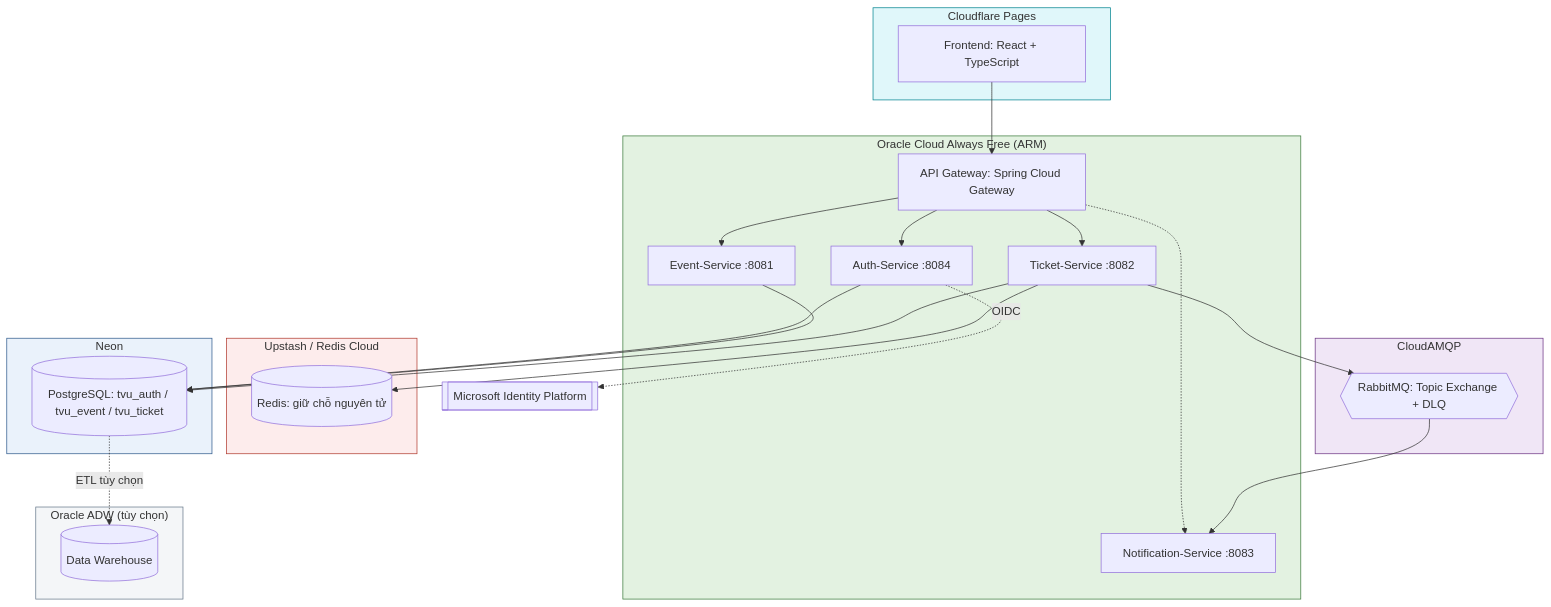
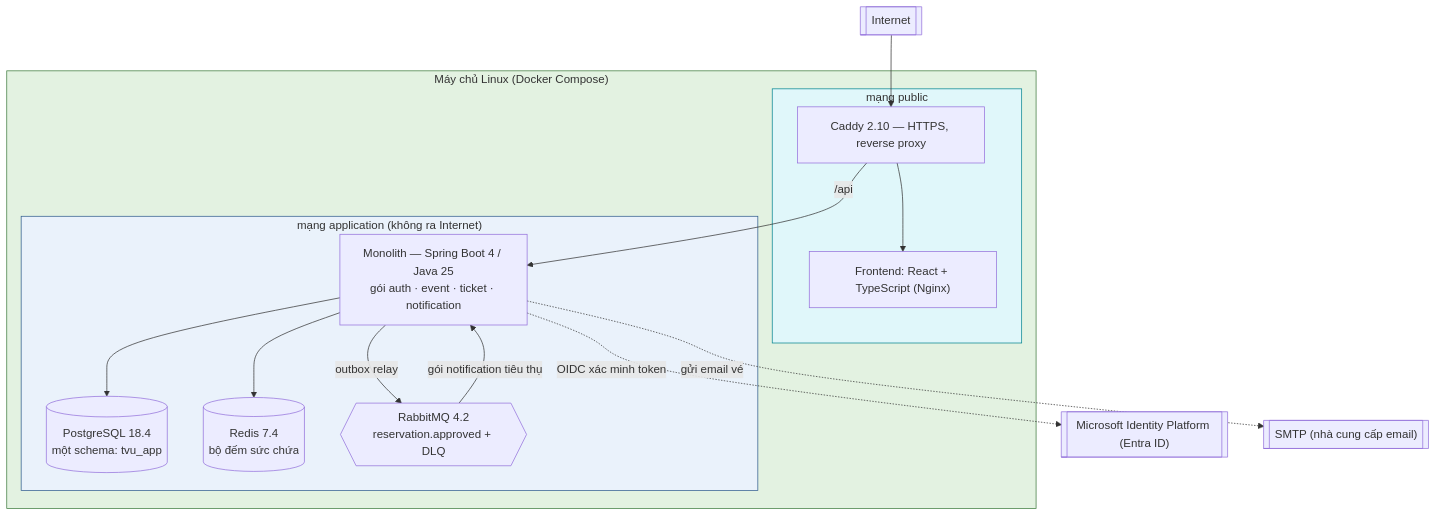
Before and after one commit to trhlow/TVU-Event-Ticket: the tenth of 10 diagrams in SO_DO_UML_TVU_Event_Ticketing.md, drawn with Mermaid. The commit also changed other lines of this file and 115 other files, not shown here.

````diff
--- a/SO_DO_UML_TVU_Event_Ticketing.md
+++ b/SO_DO_UML_TVU_Event_Ticketing.md
@@ -426,53 +451,38 @@
 ```mermaid
 flowchart TB
-    subgraph CF["Cloudflare Pages"]
-        FE["Frontend: React + TypeScript"]
+    NET[["Internet"]]
+
+    subgraph VM["Máy chủ Linux (Docker Compose)"]
+        subgraph PUBNET["mạng public"]
+            CADDY["Caddy 2.10 — HTTPS, reverse proxy"]
+            FE["Frontend: React + TypeScript (Nginx)"]
+        end
+        subgraph APPNET["mạng application (không ra Internet)"]
+            MONO["Monolith — Spring Boot 4 / Java 25
+gói auth · event · ticket · notification"]
+            PG[("PostgreSQL 18.4
+một schema: tvu_app")]
+            R[("Redis 7.4
+bộ đếm sức chứa")]
+            MQ{{"RabbitMQ 4.2
+reservation.approved + DLQ"}}
+        end
     end
 
-    subgraph OCI["Oracle Cloud Always Free (ARM)"]
-        GW["API Gateway: Spring Cloud Gateway"]
-        AUTH["Auth-Service :8084"]
-        EVT["Event-Service :8081"]
-        TCK["Ticket-Service :8082"]
-        NOTI["Notification-Service :8083"]
-    end
+    MS[["Microsoft Identity Platform (Entra ID)"]]
+    SMTP[["SMTP (nhà cung cấp email)"]]
 
-    subgraph REDIS["Upstash / Redis Cloud"]
-        R[("Redis: giữ chỗ nguyên tử")]
-    end
+    NET --> CADDY
+    CADDY --> FE
+    CADDY -- "/api" --> MONO
+    MONO --> PG
+    MONO --> R
+    MONO -- "outbox relay" --> MQ
+    MQ -- "gói notification tiêu thụ" --> MONO
+    MONO -. "OIDC xác minh token" .-> MS
+    MONO -. "gửi email vé" .-> SMTP
 
-    subgraph MQCLOUD["CloudAMQP"]
-        MQ{{"RabbitMQ: Topic Exchange + DLQ"}}
-    end
-
-    subgraph NEON["Neon"]
-        PG[("PostgreSQL: tvu_auth / tvu_event / tvu_ticket")]
-    end
-
-    subgraph ORACLEADW["Oracle ADW (tùy chọn)"]
-        ADW[("Data Warehouse")]
-    end
-
-    MS[["Microsoft Identity Platform"]]
-
-    FE --> GW
-    GW --> AUTH
-    GW --> EVT
-    GW --> TCK
-    GW -.-> NOTI
-    AUTH --> PG
-    EVT --> PG
-    TCK --> PG
-    TCK --> R
-    TCK --> MQ
-    MQ --> NOTI
-    AUTH -. "OIDC" .-> MS
-    PG -. "ETL tùy chọn" .-> ADW
-
-    style CF fill:#E0F7FA,stroke:#00838F,stroke-width:1px
-    style OCI fill:#E3F2E1,stroke:#3C7A3C,stroke-width:1px
-    style REDIS fill:#FDECEC,stroke:#B03A2E,stroke-width:1px
-    style MQCLOUD fill:#F0E6F6,stroke:#6C3483,stroke-width:1px
-    style NEON fill:#EAF2FB,stroke:#2E5A8C,stroke-width:1px
-    style ORACLEADW fill:#F4F6F8,stroke:#66788A,stroke-width:1px
+    style VM fill:#E3F2E1,stroke:#3C7A3C,stroke-width:1px
+    style PUBNET fill:#E0F7FA,stroke:#00838F,stroke-width:1px
+    style APPNET fill:#EAF2FB,stroke:#2E5A8C,stroke-width:1px
 ```
````
